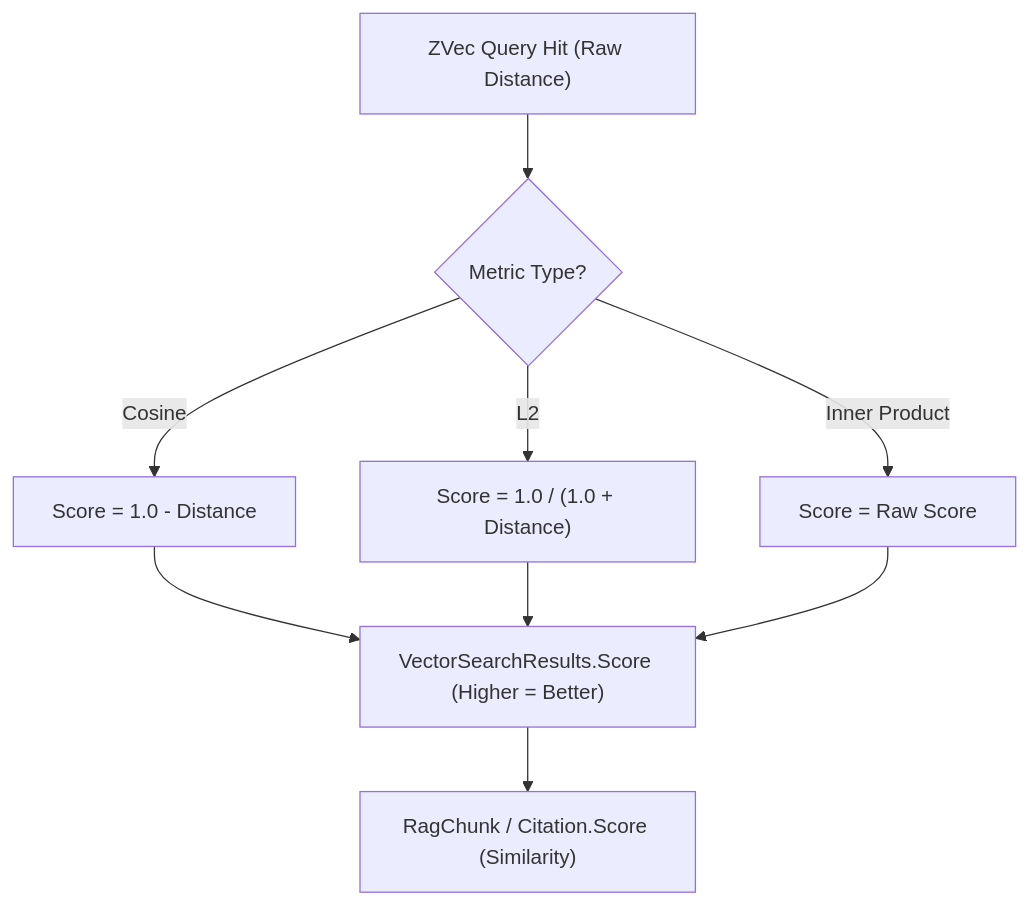
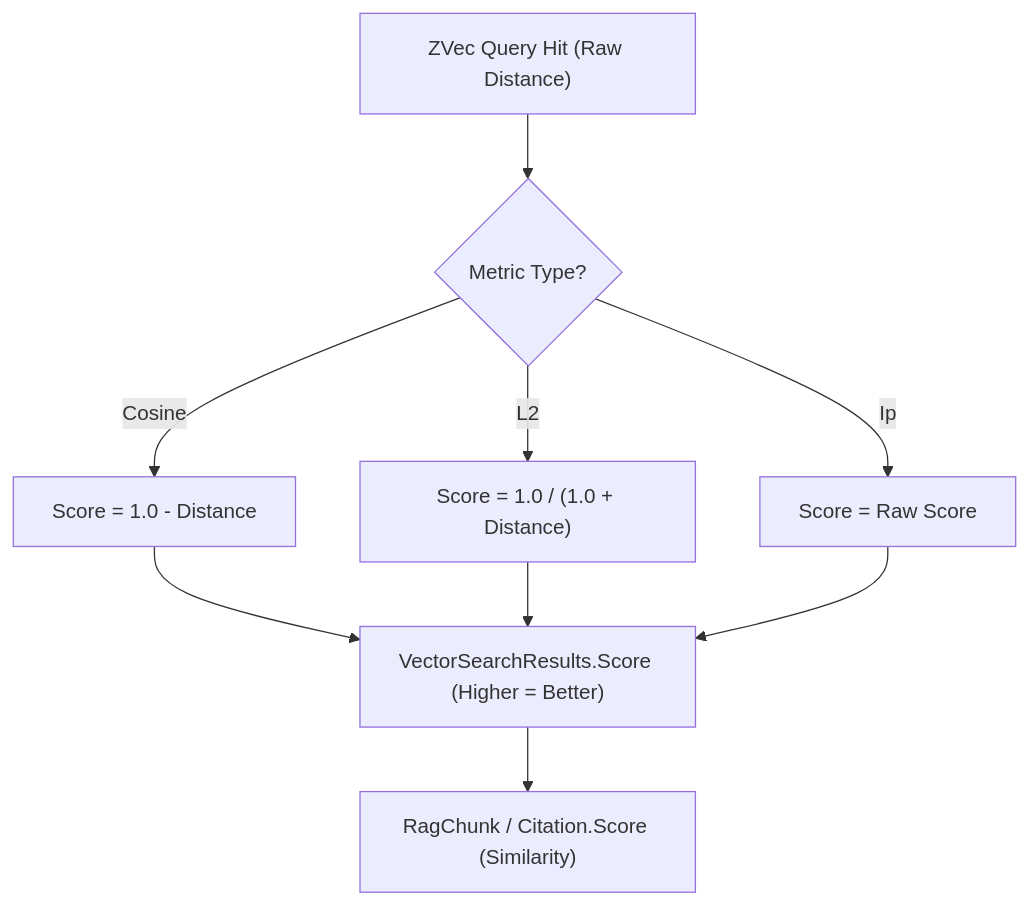
One commit to ahmedSamir50/AdamSystems.ZVec.NET-RAG changed the diagram in docs/architecture/score-semantics.md. Above: the diagram before and after it, drawn with Mermaid. The commit also changed other lines of this file and 70 other files, not shown here.

````diff
--- a/docs/architecture/score-semantics.md
+++ b/docs/architecture/score-semantics.md
@@ -45,11 +41,11 @@
 ```mermaid
 flowchart TD
     ZVecHit["ZVec Query Hit (Raw Distance)"] --> MetricCheck{"Metric Type?"}
     MetricCheck -- Cosine --> CosineNorm["Score = 1.0 - Distance"]
     MetricCheck -- L2 --> L2Norm["Score = 1.0 / (1.0 + Distance)"]
-    MetricCheck -- Inner Product --> IPNorm["Score = Raw Score"]
+    MetricCheck -- Ip --> IPNorm["Score = Raw Score"]
     CosineNorm --> VectorDataScore["VectorSearchResults.Score (Higher = Better)"]
     L2Norm --> VectorDataScore
     IPNorm --> VectorDataScore
     VectorDataScore --> CitationScore["RagChunk / Citation.Score (Similarity)"]
 ```
````
